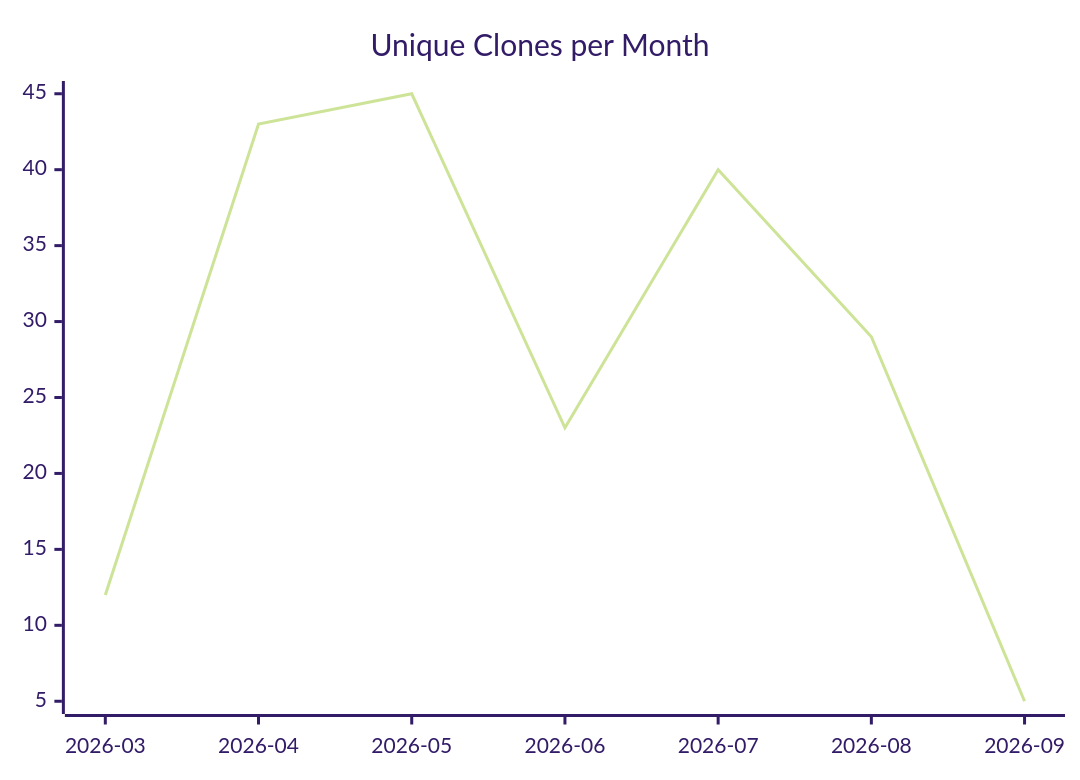
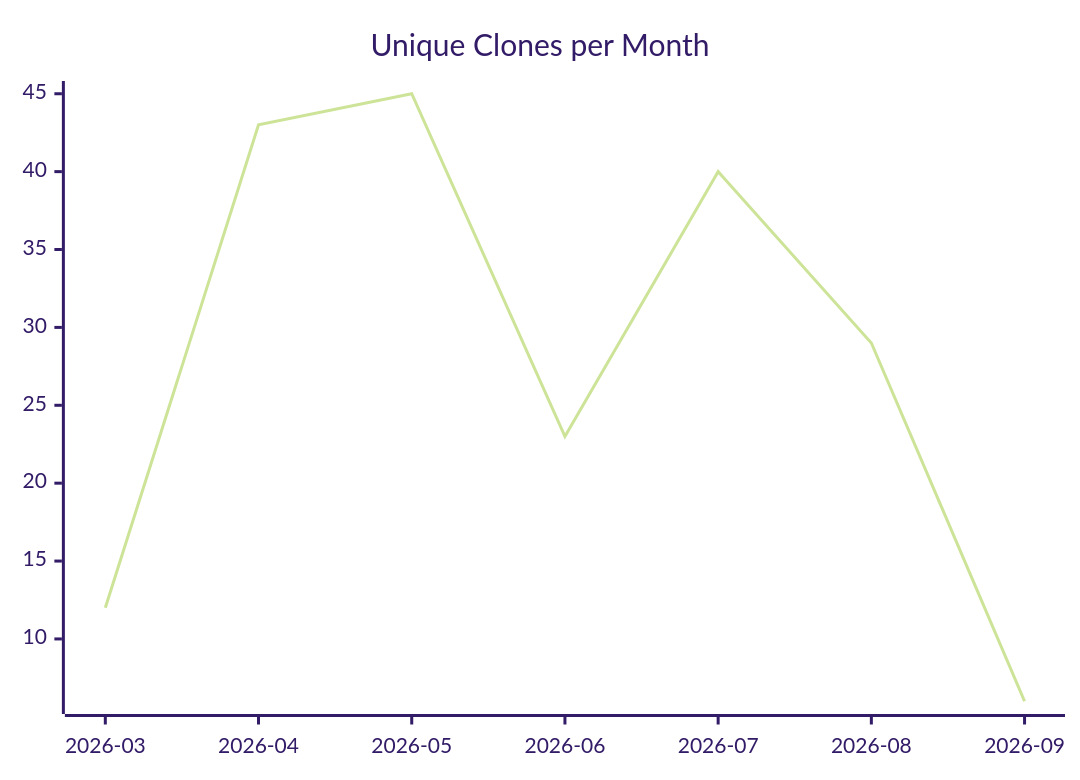
The third of 3 diagrams in karlmdavis/ksoap2-android/README.md (justdavis-family/github-analytics-data), drawn with Mermaid (forest theme) before and after one commit. The commit also changed other lines of this file and 187 other files, not shown here.

````diff
--- a/karlmdavis/ksoap2-android/README.md
+++ b/karlmdavis/ksoap2-android/README.md
@@ -19,6 +19,6 @@
 ```mermaid
 xychart-beta
   title "Unique Clones per Month"
   x-axis ["2026-03", "2026-04", "2026-05", "2026-06", "2026-07", "2026-08", "2026-09"]
-  line [12, 43, 45, 23, 40, 29, 5]
+  line [12, 43, 45, 23, 40, 29, 6]
 ```
````
